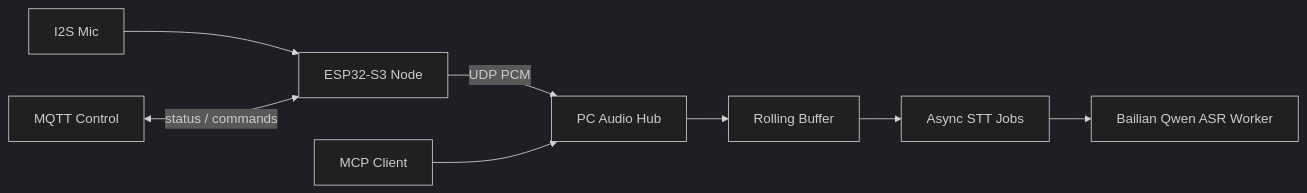
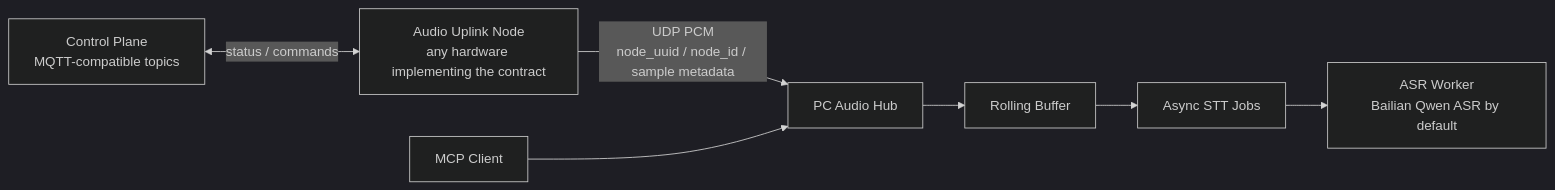
One commit to Tobi1chi/EchoTrigger changed the first of 2 diagrams in README.md. Above: the diagram before and after it, drawn with Mermaid (dark theme). The commit also changed other lines of this file and 5 other files, not shown here.

Commit message:
docs: split architecture diagrams

````diff
--- a/README.md
+++ b/README.md
@@ -15,10 +17,9 @@
 ```mermaid
 flowchart LR
-  mic["I2S Mic"] --> esp["ESP32-S3 Node"]
-  esp -->|"UDP PCM"| hub["PC Audio Hub"]
+  node["Audio Uplink Node<br/>any hardware implementing the contract"] -->|"UDP PCM<br/>node_uuid / node_id / sample metadata"| hub["PC Audio Hub"]
+  mqtt["Control Plane<br/>MQTT-compatible topics"] <-->|"status / commands"| node
   hub --> ring["Rolling Buffer"]
   ring --> jobs["Async STT Jobs"]
-  jobs --> asr["Bailian Qwen ASR Worker"]
-  mqtt["MQTT Control"] <-->|"status / commands"| esp
+  jobs --> asr["ASR Worker<br/>Bailian Qwen ASR by default"]
   mcp["MCP Client"] --> hub
 ```
````
